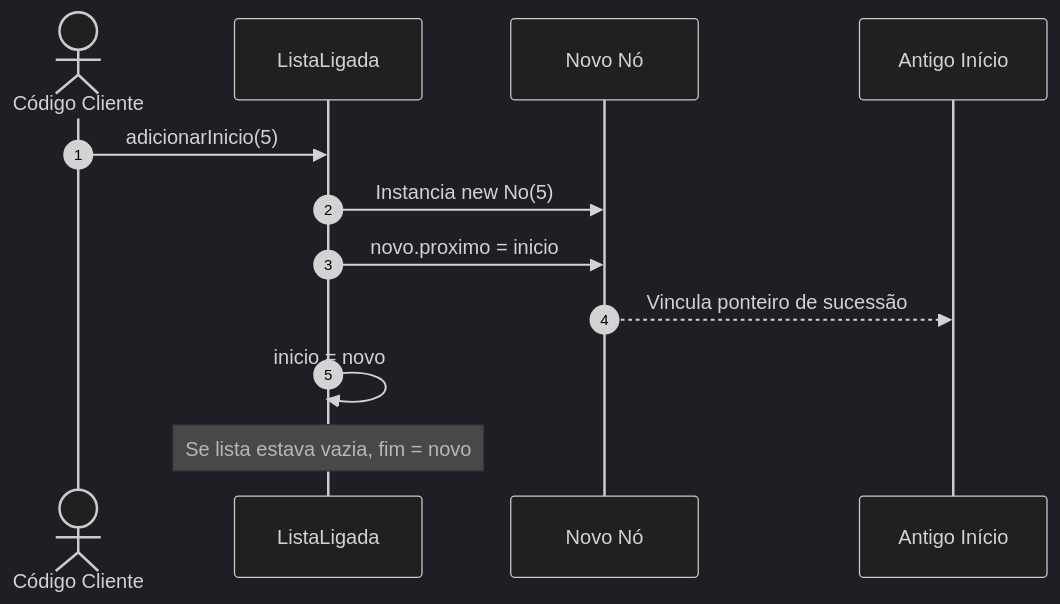
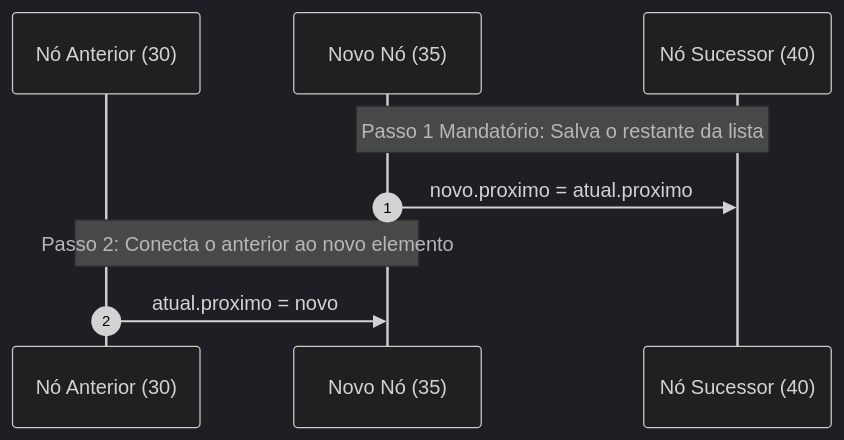
Before and after one commit to murilolol/unifef: diagram 16 of 27 in 4º Semestre/[Prof. Wesley Soares] Estrutura de Dados I/Resumos-IA/Caderno-Consolidado.md, drawn with Mermaid (dark theme). The commit also changed other lines of this file and 58 other files, not shown here.

````diff
--- a/4º Semestre/[Prof. Wesley Soares] Estrutura de Dados I/Resumos-IA/Caderno-Consolidado.md
+++ b/4º Semestre/[Prof. Wesley Soares] Estrutura de Dados I/Resumos-IA/Caderno-Consolidado.md
@@ -882,15 +786,12 @@
 ```mermaid
 sequenceDiagram
-    autonumber
-    actor Cliente as Código Cliente
-    participant Lista as ListaLigada
-    participant Novo as Novo Nó
-    participant Antigo as Antigo Início
+  autonumber
+  participant Anterior as Nó Anterior (30)
+  participant Novo as Novo Nó (35)
+  participant Sucessor as Nó Sucessor (40)
 
-    Cliente->>Lista: adicionarInicio(5)
-    Lista->>Novo: Instancia new No(5)
-    Lista->>Novo: novo.proximo = inicio
-    Novo-->>Antigo: Vincula ponteiro de sucessão
-    Lista->>Lista: inicio = novo
-    Note over Lista: Se lista estava vazia, fim = novo
+  Note over Novo,Sucessor: Passo 1 Mandatório: Salva o restante da lista
+  Novo->>Sucessor: novo.proximo = atual.proximo
+  Note over Anterior,Novo: Passo 2: Conecta o anterior ao novo elemento
+  Anterior->>Novo: atual.proximo = novo
 ```
````
